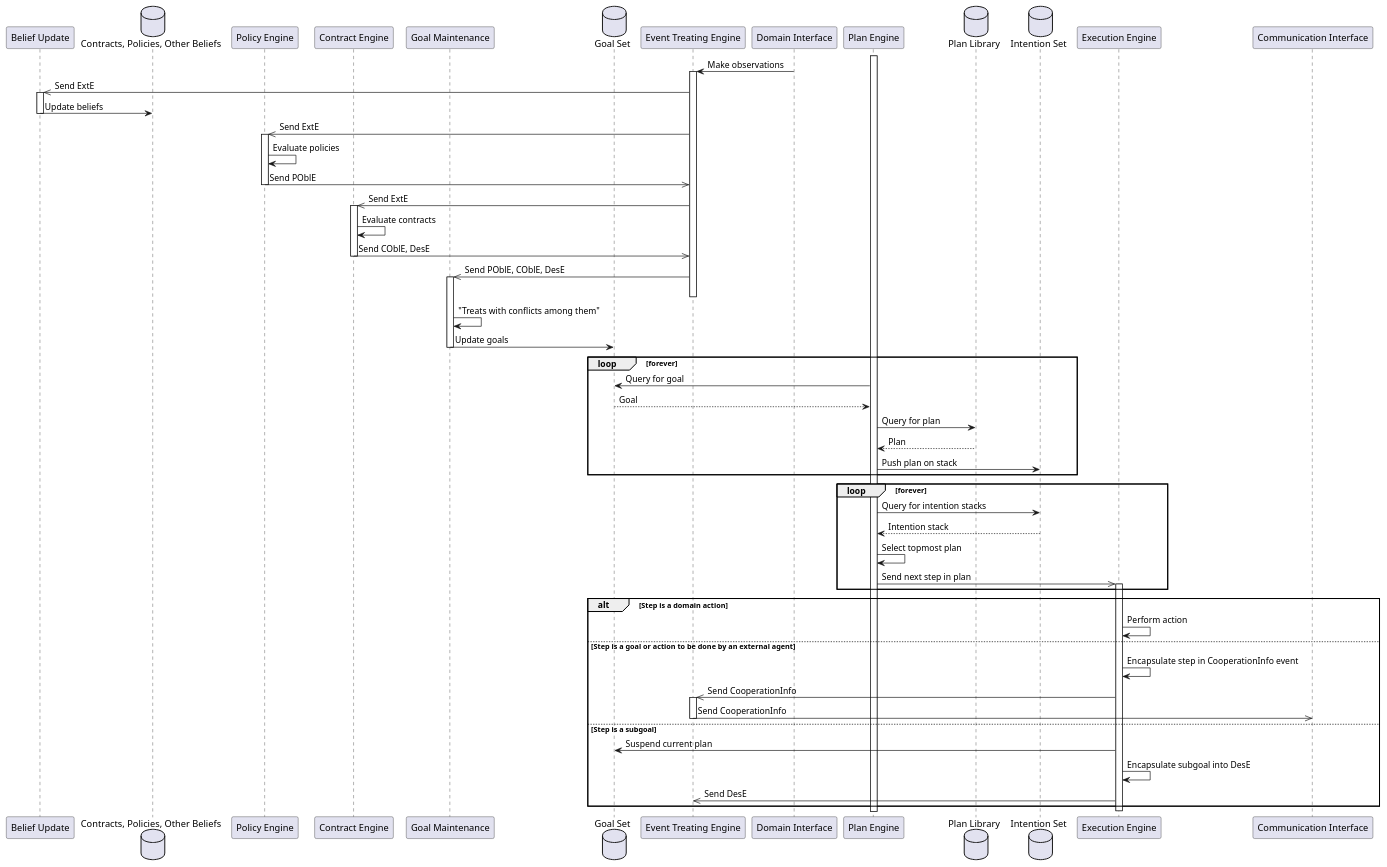
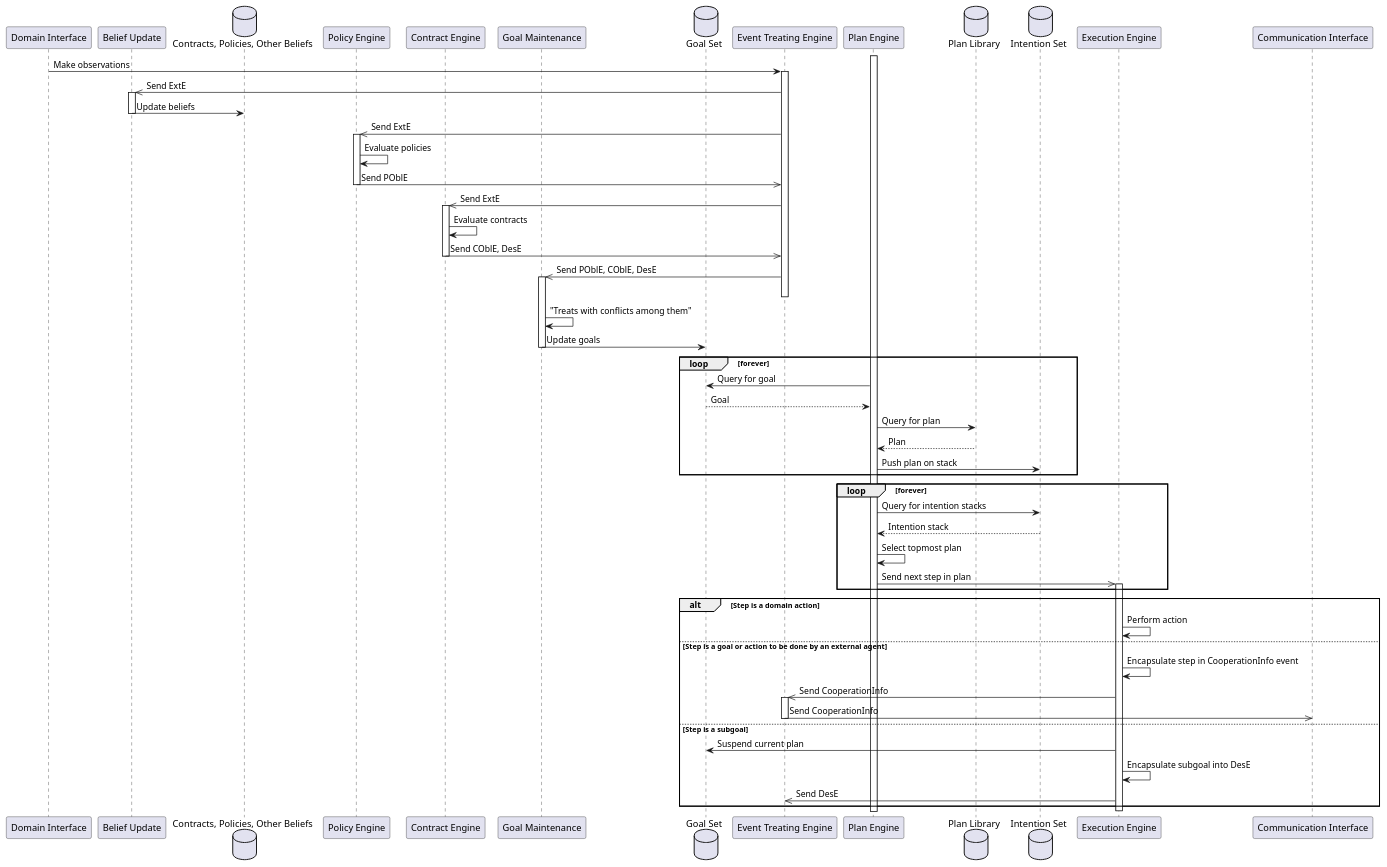
One commit to Entze/APIA changed the diagram in Figures/PDC-agent/Control_Loop.plantuml. Above: the diagram before and after it, drawn with PlantUML. The commit also changed other lines of this file, not shown here.

Commit message:
Move domain interface to the front

```diff
--- a/Figures/PDC-agent/Control_Loop.plantuml
+++ b/Figures/PDC-agent/Control_Loop.plantuml
@@ -1,64 +1,64 @@
 @startuml
+participant "Domain Interface"
 participant "Belief Update"
 database "Contracts, Policies, Other Beliefs"
 participant "Policy Engine"
 participant "Contract Engine"
 participant "Goal Maintenance"
 database "Goal Set"
 participant "Event Treating Engine"
-participant "Domain Interface"
 participant "Plan Engine"
 database "Plan Library"
 database "Intention Set"
 participant "Execution Engine"
 participant "Communication Interface"
 
 activate "Plan Engine"
 
 "Domain Interface" -> "Event Treating Engine" ++: Make observations
 "Event Treating Engine" ->> "Belief Update" ++ : Send ExtE
 "Belief Update" -> "Contracts, Policies, Other Beliefs" -- : Update beliefs
 
 "Event Treating Engine" ->> "Policy Engine" ++ : Send ExtE
 "Policy Engine" -> "Policy Engine" : Evaluate policies
 "Policy Engine" ->> "Event Treating Engine" -- : Send POblE
 
 "Event Treating Engine" ->> "Contract Engine" ++ : Send ExtE
 "Contract Engine" -> "Contract Engine" : Evaluate contracts
 "Contract Engine" ->> "Event Treating Engine" -- : Send COblE, DesE
 
 "Event Treating Engine" ->> "Goal Maintenance" ++ : Send POblE, COblE, DesE
 deactivate "Event Treating Engine"
 
 "Goal Maintenance" -> "Goal Maintenance" : "Treats with conflicts among them"
 "Goal Maintenance" -> "Goal Set" -- : Update goals
 
 loop forever
     "Plan Engine" -> "Goal Set" : Query for goal
     "Plan Engine" <-- "Goal Set" : Goal
     "Plan Engine" -> "Plan Library" : Query for plan
     "Plan Engine" <-- "Plan Library" : Plan
     "Plan Engine" -> "Intention Set" : Push plan on stack
 end
 
 loop forever
     "Plan Engine" -> "Intention Set" : Query for intention stacks
     "Plan Engine" <-- "Intention Set" : Intention stack
     "Plan Engine" -> "Plan Engine" : Select topmost plan
     "Plan Engine" ->> "Execution Engine" ++ : Send next step in plan
 end
 
 alt Step is a domain action
     "Execution Engine" -> "Execution Engine" : Perform action
 else Step is a goal or action to be done by an external agent
     "Execution Engine" -> "Execution Engine" : Encapsulate step in CooperationInfo event
     "Execution Engine" ->> "Event Treating Engine" ++ : Send CooperationInfo
     "Event Treating Engine" ->> "Communication Interface" -- : Send CooperationInfo
 else Step is a subgoal
     "Execution Engine" -> "Goal Set" : Suspend current plan
     "Execution Engine" -> "Execution Engine" : Encapsulate subgoal into DesE
     "Execution Engine" ->> "Event Treating Engine" : Send DesE
 end
 deactivate "Execution Engine"
 
 @enduml
```
